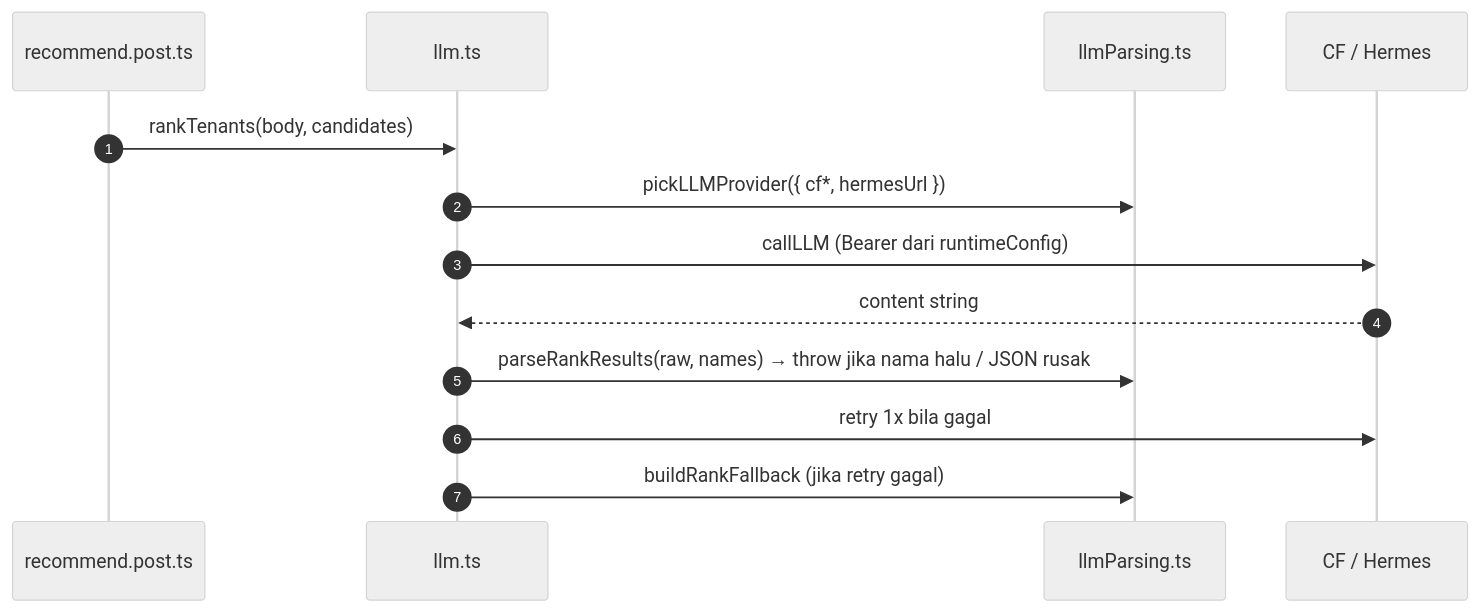
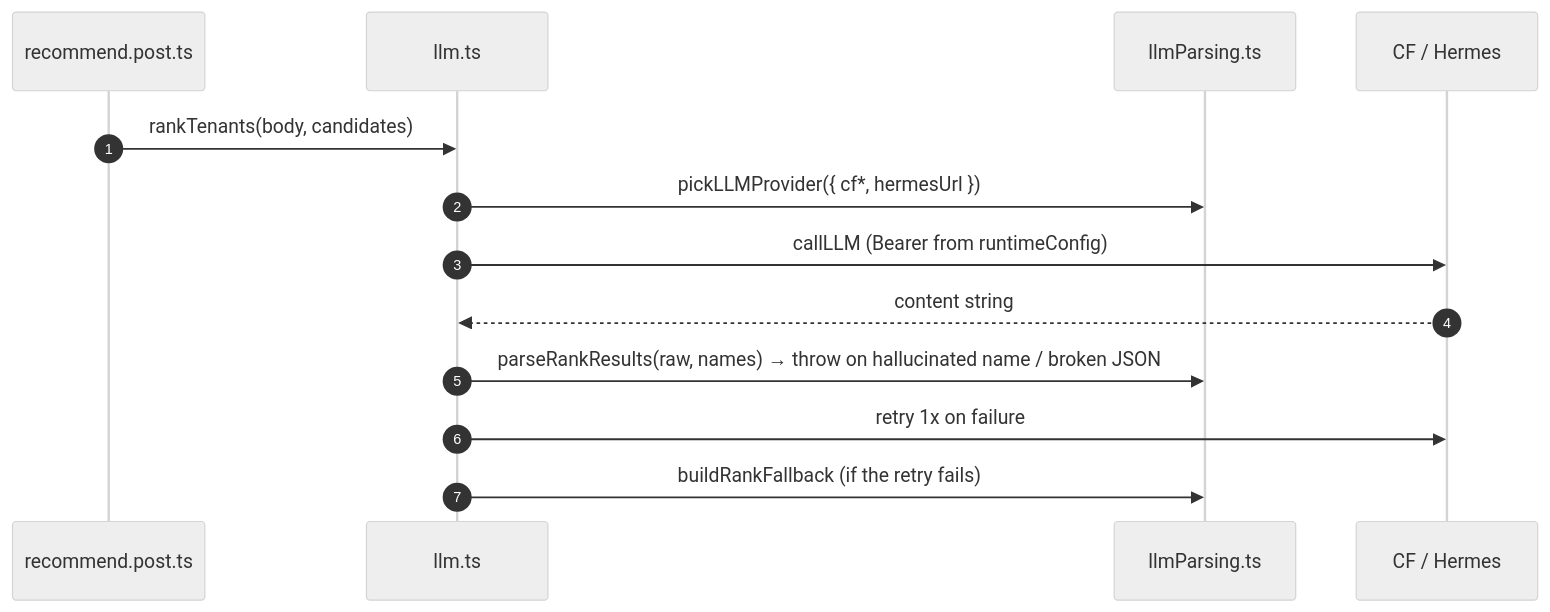
Before and after one commit to agestasaputra/wikendo-web-app: the diagram in docs/architecture/flows/llm/README.md, drawn with Mermaid (neutral theme). The commit also changed other lines of this file and 103 other files, not shown here.

````diff
--- a/docs/architecture/flows/llm/README.md
+++ b/docs/architecture/flows/llm/README.md
@@ -25,15 +25,15 @@
 ```mermaid
 sequenceDiagram
     autonumber
     participant Route as recommend.post.ts
     participant L as llm.ts
     participant P as llmParsing.ts
     participant LLM as CF / Hermes
     Route->>L: rankTenants(body, candidates)
     L->>P: pickLLMProvider({ cf*, hermesUrl })
-    L->>LLM: callLLM (Bearer dari runtimeConfig)
+    L->>LLM: callLLM (Bearer from runtimeConfig)
     LLM-->>L: content string
-    L->>P: parseRankResults(raw, names) → throw jika nama halu / JSON rusak
-    L->>LLM: retry 1x bila gagal
-    L->>P: buildRankFallback (jika retry gagal)
+    L->>P: parseRankResults(raw, names) → throw on hallucinated name / broken JSON
+    L->>LLM: retry 1x on failure
+    L->>P: buildRankFallback (if the retry fails)
 ```
````
